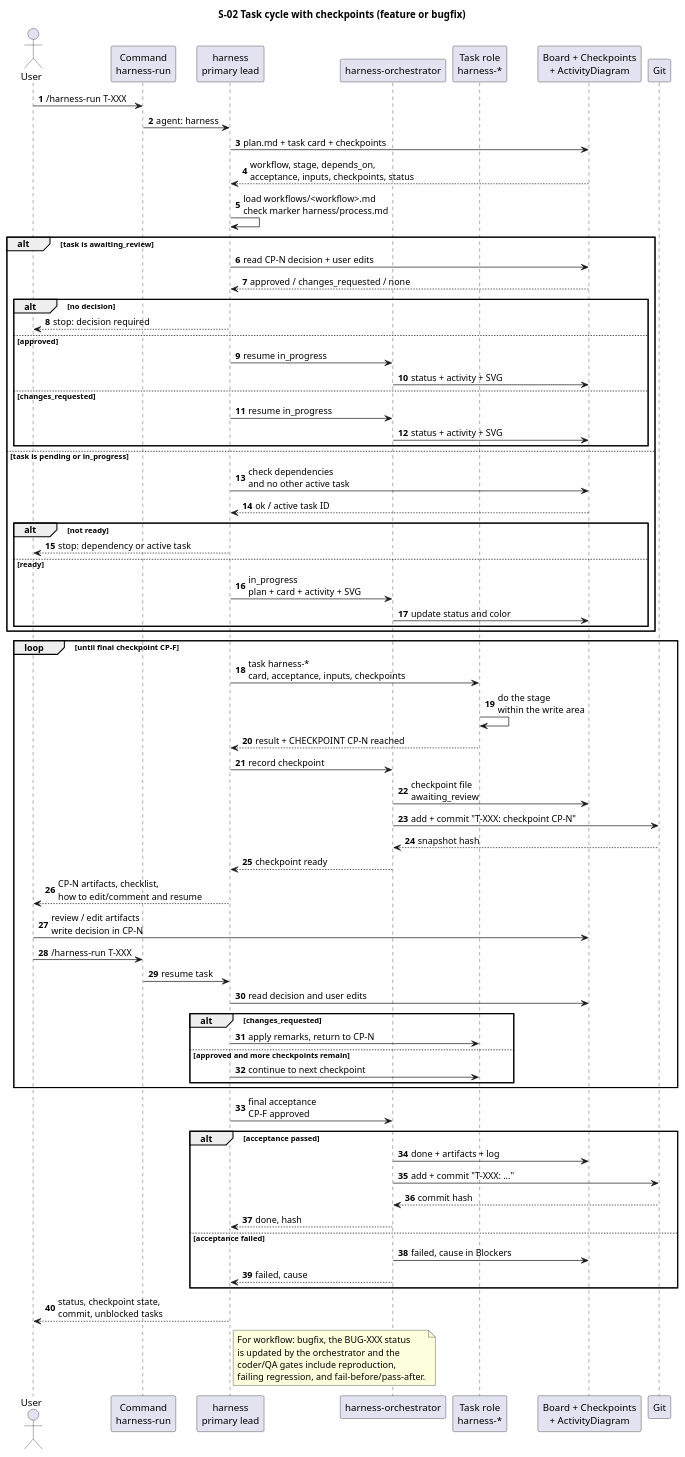
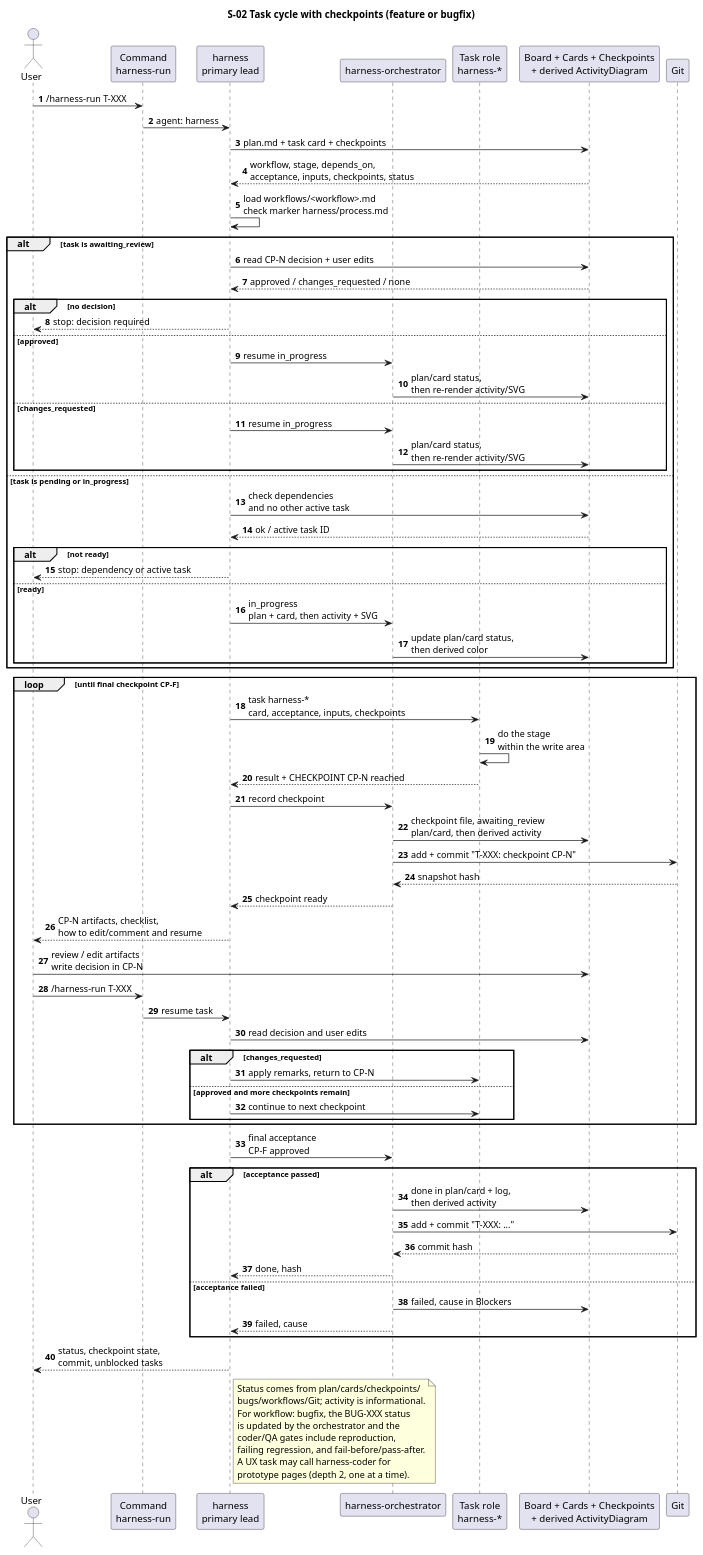
Before and after one commit to serge-sasov/harness: the diagram in docs/description/diagrams/seq-02-harness-run.puml, drawn with PlantUML. The commit also changed 39 other files, not shown here.

Commit message:
feat: harness 2.4.0 per-scenario UX HTML pages and derived activity

```diff
--- a/docs/description/diagrams/seq-02-harness-run.puml
+++ b/docs/description/diagrams/seq-02-harness-run.puml
@@ -1,80 +1,84 @@
 @startuml
 autonumber
 skinparam defaultFontName Segoe UI
 title S-02 Task cycle with checkpoints (feature or bugfix)
 
 actor "User" as user
 participant "Command\nharness-run" as cmd
 participant "harness\nprimary lead" as lead
 participant "harness-orchestrator" as orch
 participant "Task role\nharness-*" as role
-participant "Board + Checkpoints\n+ ActivityDiagram" as board
+participant "Board + Cards + Checkpoints\n+ derived ActivityDiagram" as board
 participant "Git" as git
 
 user -> cmd : /harness-run T-XXX
 cmd -> lead : agent: harness
 lead -> board : plan.md + task card + checkpoints
 board --> lead : workflow, stage, depends_on,\nacceptance, inputs, checkpoints, status
 lead -> lead : load workflows/<workflow>.md\ncheck marker harness/process.md
 alt task is awaiting_review
   lead -> board : read CP-N decision + user edits
   board --> lead : approved / changes_requested / none
   alt no decision
     lead --> user : stop: decision required
   else approved
     lead -> orch : resume in_progress
-    orch -> board : status + activity + SVG
+    orch -> board : plan/card status,\nthen re-render activity/SVG
   else changes_requested
     lead -> orch : resume in_progress
-    orch -> board : status + activity + SVG
+    orch -> board : plan/card status,\nthen re-render activity/SVG
   end
 else task is pending or in_progress
   lead -> board : check dependencies\nand no other active task
   board --> lead : ok / active task ID
   alt not ready
     lead --> user : stop: dependency or active task
   else ready
-    lead -> orch : in_progress\nplan + card + activity + SVG
-    orch -> board : update status and color
+    lead -> orch : in_progress\nplan + card, then activity + SVG
+    orch -> board : update plan/card status,\nthen derived color
   end
 end
 
 loop until final checkpoint CP-F
   lead -> role : task harness-*\ncard, acceptance, inputs, checkpoints
   role -> role : do the stage\nwithin the write area
   role --> lead : result + CHECKPOINT CP-N reached
   lead -> orch : record checkpoint
-  orch -> board : checkpoint file\nawaiting_review
+  orch -> board : checkpoint file, awaiting_review\nplan/card, then derived activity
   orch -> git : add + commit "T-XXX: checkpoint CP-N"
   git --> orch : snapshot hash
   orch --> lead : checkpoint ready
   lead --> user : CP-N artifacts, checklist,\nhow to edit/comment and resume
   user -> board : review / edit artifacts\nwrite decision in CP-N
   user -> cmd : /harness-run T-XXX
   cmd -> lead : resume task
   lead -> board : read decision and user edits
   alt changes_requested
     lead -> role : apply remarks, return to CP-N
   else approved and more checkpoints remain
     lead -> role : continue to next checkpoint
   end
 end
 
 lead -> orch : final acceptance\nCP-F approved
 alt acceptance passed
-  orch -> board : done + artifacts + log
+  orch -> board : done in plan/card + log,\nthen derived activity
   orch -> git : add + commit "T-XXX: ..."
   git --> orch : commit hash
   orch --> lead : done, hash
 else acceptance failed
   orch -> board : failed, cause in Blockers
   orch --> lead : failed, cause
 end
 lead --> user : status, checkpoint state,\ncommit, unblocked tasks
 note right of lead
+  Status comes from plan/cards/checkpoints/
+  bugs/workflows/Git; activity is informational.
   For workflow: bugfix, the BUG-XXX status
   is updated by the orchestrator and the
   coder/QA gates include reproduction,
   failing regression, and fail-before/pass-after.
+  A UX task may call harness-coder for
+  prototype pages (depth 2, one at a time).
 end note
 @enduml
```
